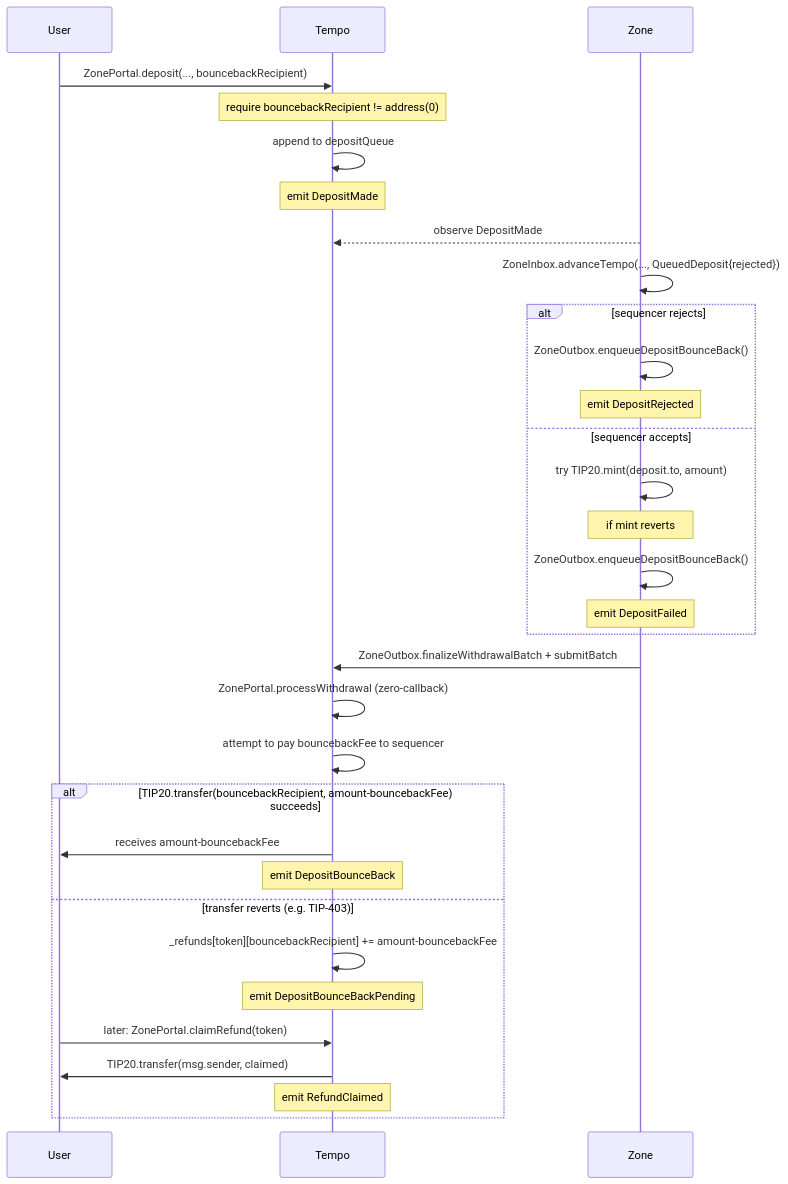
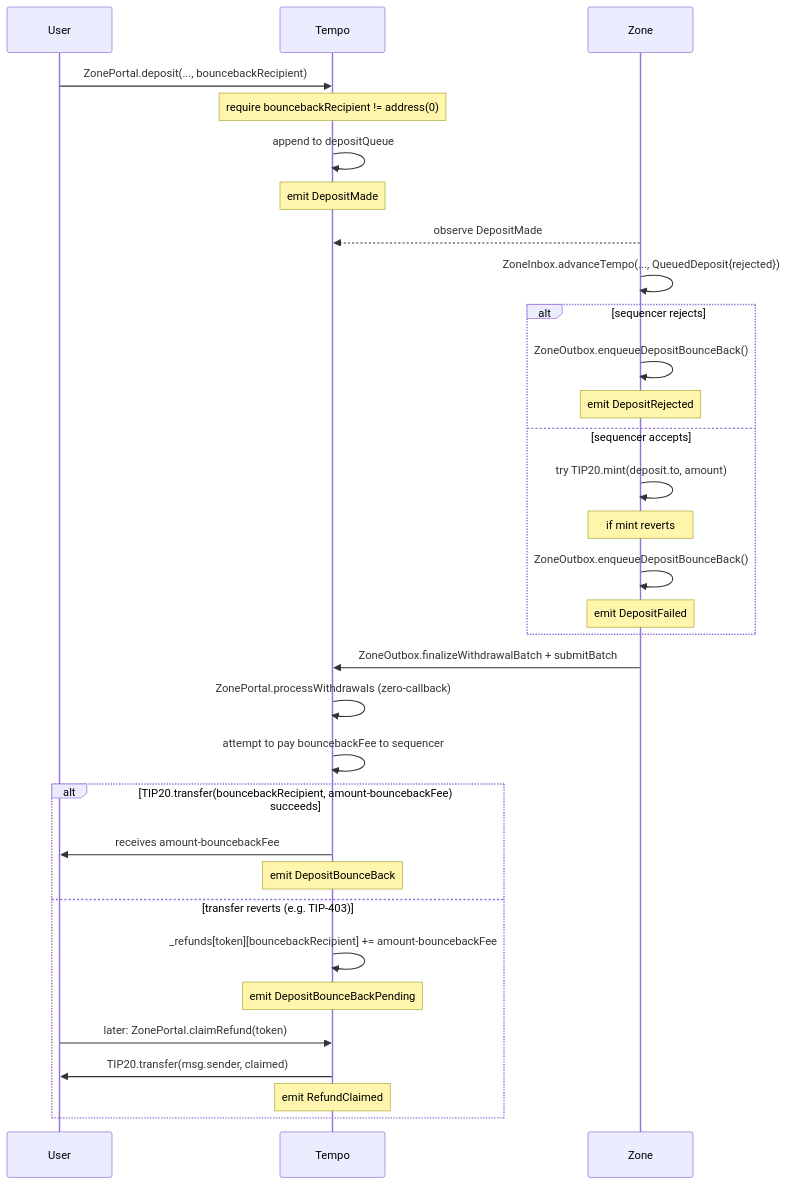
The fourth of 6 diagrams in specs/spec.md (Dustin4444/zones), drawn with Mermaid before and after one commit. The commit also changed other lines of this file and 20 other files, not shown here.

First line of the commit message:
feat: batch portal withdrawals (#718)

````diff
--- a/specs/spec.md
+++ b/specs/spec.md
@@ -530,35 +530,35 @@
 ```mermaid
 sequenceDiagram
     participant U as User
     participant T as Tempo
     participant Z as Zone
 
     U->>T: ZonePortal.deposit(..., bouncebackRecipient)
     Note over T: require bouncebackRecipient != address(0)
     T->>T: append to depositQueue
     Note over T: emit DepositMade
     Z-->>T: observe DepositMade
     Z->>Z: ZoneInbox.advanceTempo(..., QueuedDeposit{rejected})
     alt sequencer rejects
         Z->>Z: ZoneOutbox.enqueueDepositBounceBack()
         Note over Z: emit DepositRejected
     else sequencer accepts
         Z->>Z: try TIP20.mint(deposit.to, amount)
         Note over Z: if mint reverts
         Z->>Z: ZoneOutbox.enqueueDepositBounceBack()
         Note over Z: emit DepositFailed
     end
     Z->>T: ZoneOutbox.finalizeWithdrawalBatch + submitBatch
-    T->>T: ZonePortal.processWithdrawal (zero-callback)
+    T->>T: ZonePortal.processWithdrawals (zero-callback)
     T->>T: attempt to pay bouncebackFee to sequencer
     alt TIP20.transfer(bouncebackRecipient, amount-bouncebackFee) succeeds
         T->>U: receives amount-bouncebackFee
         Note over T: emit DepositBounceBack
     else transfer reverts (e.g. TIP-403)
         T->>T: _refunds[token][bouncebackRecipient] += amount-bouncebackFee
         Note over T: emit DepositBounceBackPending
         U->>T: later: ZonePortal.claimRefund(token)
         T->>U: TIP20.transfer(msg.sender, claimed)
         Note over T: emit RefundClaimed
     end
 ```
````
